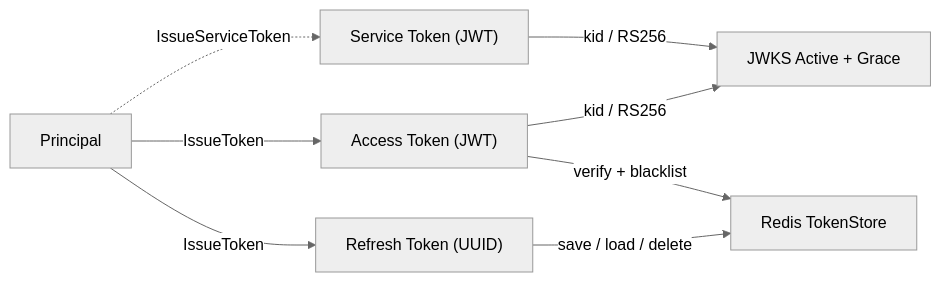
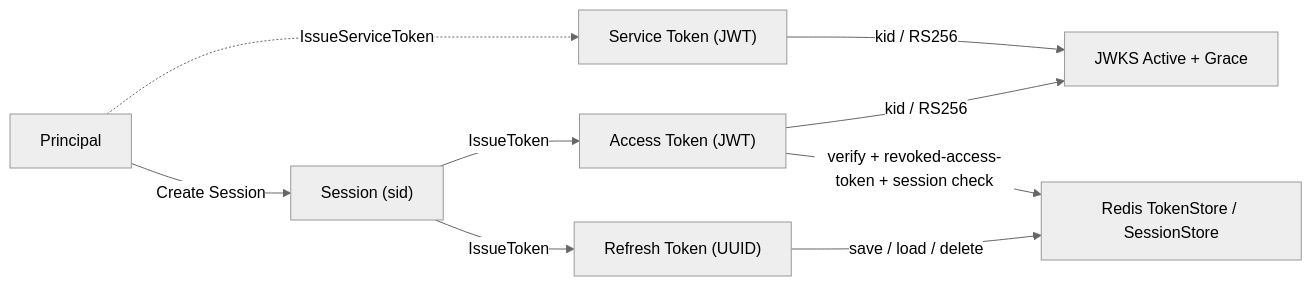
The second of 5 diagrams in docs/05-专题分析/01-认证链路--从登录请求到 Token 与 JWKS.md (FangcunMount/iam-contracts), drawn with Mermaid (neutral theme) before and after one commit. The commit also changed other lines of this file and 105 other files, not shown here.

````diff
--- a/docs/05-专题分析/01-认证链路--从登录请求到 Token 与 JWKS.md
+++ b/docs/05-专题分析/01-认证链路--从登录请求到 Token 与 JWKS.md
@@ -163,17 +164,19 @@
 ```mermaid
 flowchart LR
     Principal["Principal"]
+    Session["Session (sid)"]
     Access["Access Token (JWT)"]
     Refresh["Refresh Token (UUID)"]
     Service["Service Token (JWT)"]
     JWKS["JWKS Active + Grace"]
-    Redis["Redis TokenStore"]
+    Redis["Redis TokenStore / SessionStore"]
 
-    Principal -->|"IssueToken"| Access
-    Principal -->|"IssueToken"| Refresh
+    Principal -->|"Create Session"| Session
+    Session -->|"IssueToken"| Access
+    Session -->|"IssueToken"| Refresh
     Principal -.->|"IssueServiceToken"| Service
     Access -->|"kid / RS256"| JWKS
     Service -->|"kid / RS256"| JWKS
     Refresh -->|"save / load / delete"| Redis
-    Access -->|"verify + blacklist"| Redis
+    Access -->|"verify + revoked-access-token + session check"| Redis
 ```
````
